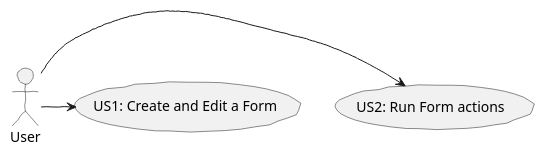
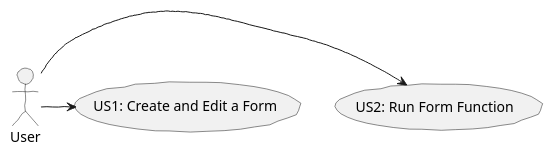
One commit to HugoFernandes2343/LAPR4_2017-2018 changed the diagram in docs/blue/s1150585/sp1/us.puml. Above: the diagram before and after it, drawn with PlantUML. The commit also changed 12 other files, not shown here.

```diff
--- a/docs/blue/s1150585/sp1/us.puml
+++ b/docs/blue/s1150585/sp1/us.puml
@@ -1,11 +1,11 @@
 @startuml  us.png
 skinparam handwritten true
 skinparam monochrome true
 skinparam packageStyle rect
 skinparam defaultFontName FG Virgil
 skinparam shadowing false
 
-User -> (US2: Run Form actions )
+User -> (US2: Run Form Function )
 User -> (US1: Create and Edit a Form)
 
 @enduml
```
